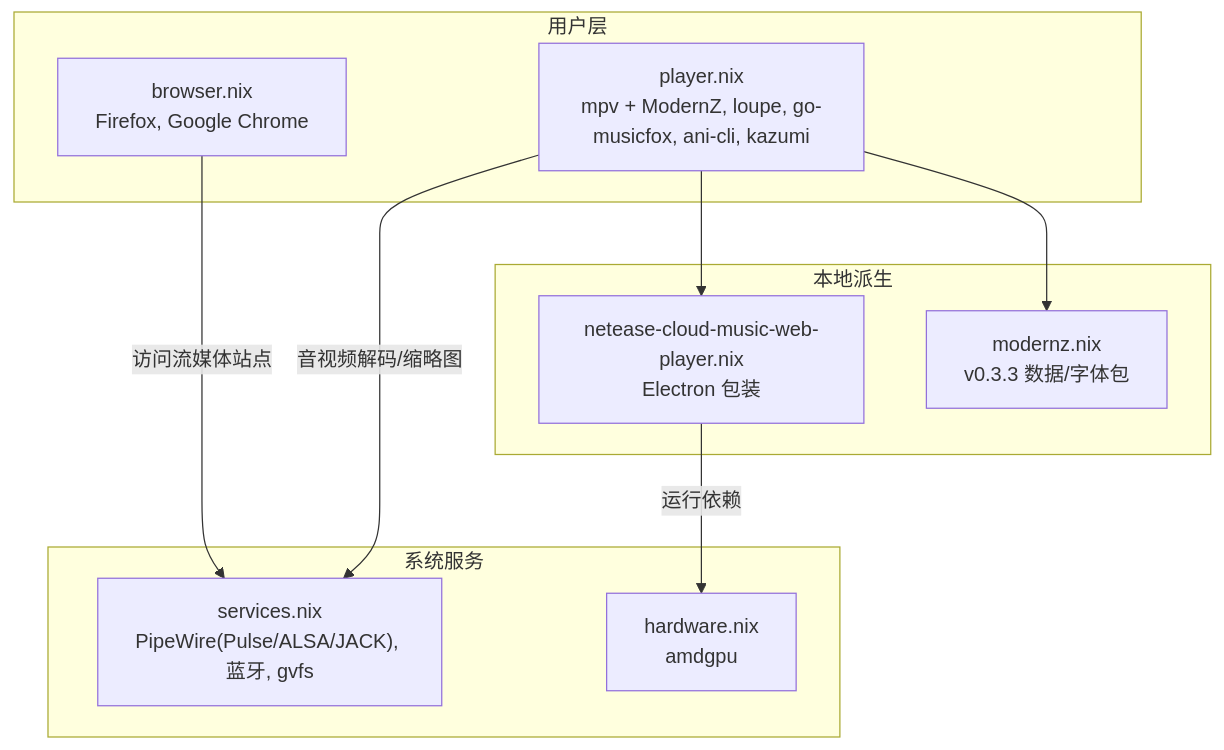
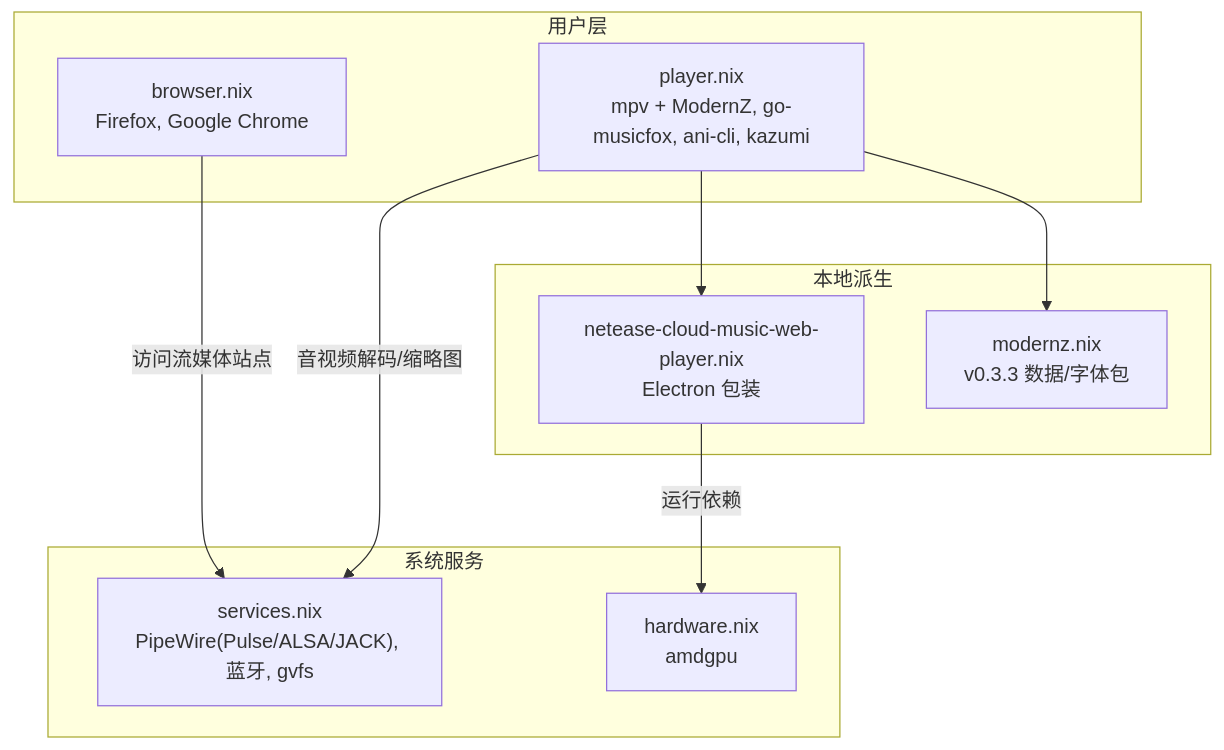
Before and after one commit to Shangshui0302/myNixOSConfig: the diagram in wiki/leisure/media.md, drawn with Mermaid. The commit also changed other lines of this file and 57 other files, not shown here.

````diff
--- a/wiki/leisure/media.md
+++ b/wiki/leisure/media.md
@@ -14,20 +14,20 @@
 ```mermaid
 graph TB
 subgraph "用户层"
-P["player.nix<br/>mpv + ModernZ, loupe, go-musicfox, ani-cli, kazumi"]
+P["player.nix<br/>mpv + ModernZ, go-musicfox, ani-cli, kazumi"]
 B["browser.nix<br/>Firefox, Google Chrome"]
 end
 subgraph "本地派生"
 N["netease-cloud-music-web-player.nix<br/>Electron 包装"]
 M["modernz.nix<br/>v0.3.3 数据/字体包"]
 end
 subgraph "系统服务"
 S["services.nix<br/>PipeWire(Pulse/ALSA/JACK), 蓝牙, gvfs"]
 H["hardware.nix<br/>amdgpu"]
 end
 P --> N
 P --> M
 B --> |"访问流媒体站点"| S
 P --> |"音视频解码/缩略图"| S
 N --> |"运行依赖"| H
 ```
````
